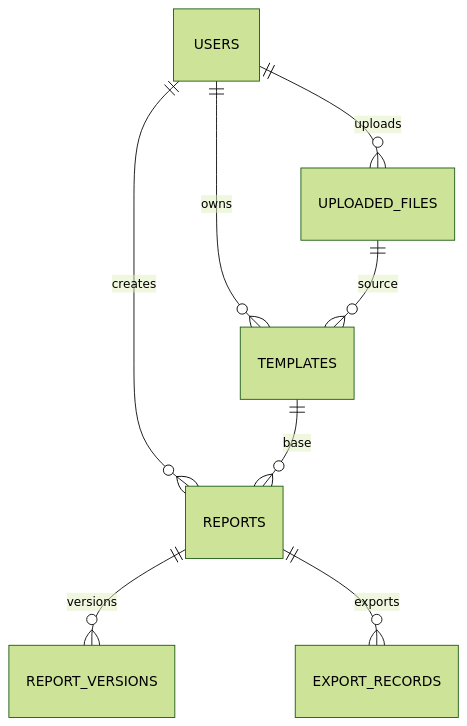
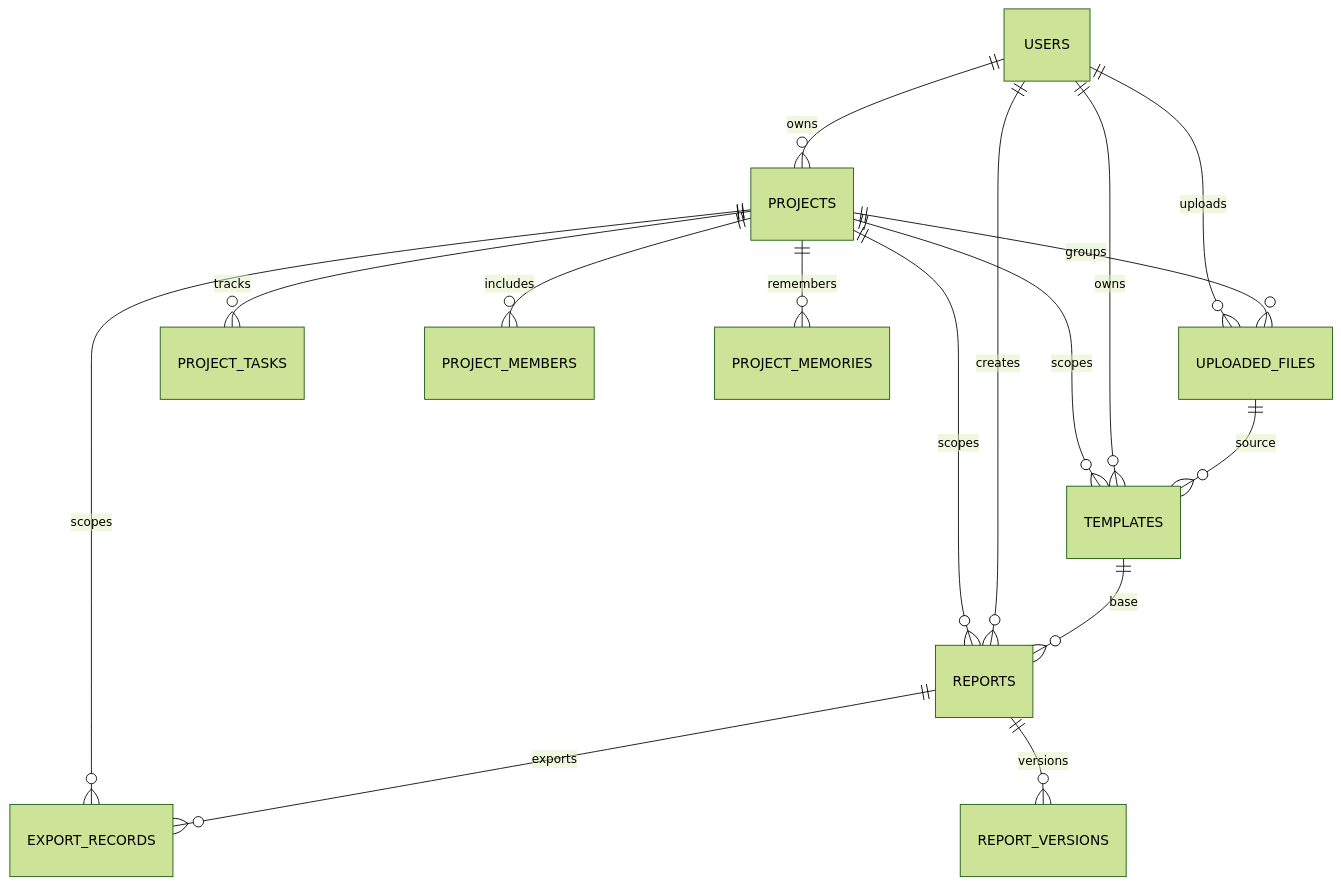
Before and after one commit to Ysongz0765/nk-software-summer-training: the diagram in docs/database-design.md, drawn with Mermaid (forest theme). The commit also changed other lines of this file and 43 other files, not shown here.

Commit message:
feat: add project spaces and context reports

````diff
--- a/docs/database-design.md
+++ b/docs/database-design.md
@@ -34,10 +59,18 @@
 ```mermaid
 erDiagram
   USERS ||--o{ UPLOADED_FILES : uploads
+  USERS ||--o{ PROJECTS : owns
+  PROJECTS ||--o{ PROJECT_TASKS : tracks
+  PROJECTS ||--o{ PROJECT_MEMBERS : includes
+  PROJECTS ||--o{ PROJECT_MEMORIES : remembers
+  PROJECTS ||--o{ UPLOADED_FILES : groups
+  PROJECTS ||--o{ TEMPLATES : scopes
+  PROJECTS ||--o{ REPORTS : scopes
+  PROJECTS ||--o{ EXPORT_RECORDS : scopes
   USERS ||--o{ TEMPLATES : owns
   USERS ||--o{ REPORTS : creates
   UPLOADED_FILES ||--o{ TEMPLATES : source
   TEMPLATES ||--o{ REPORTS : base
   REPORTS ||--o{ REPORT_VERSIONS : versions
   REPORTS ||--o{ EXPORT_RECORDS : exports
 ```
````
